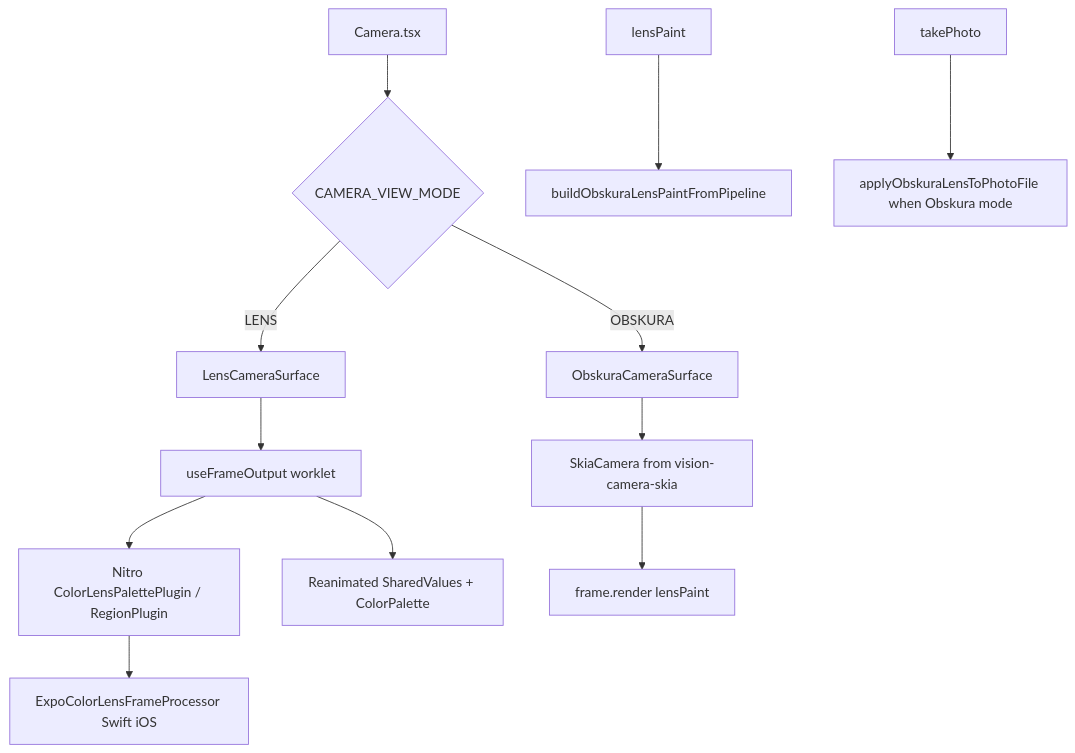
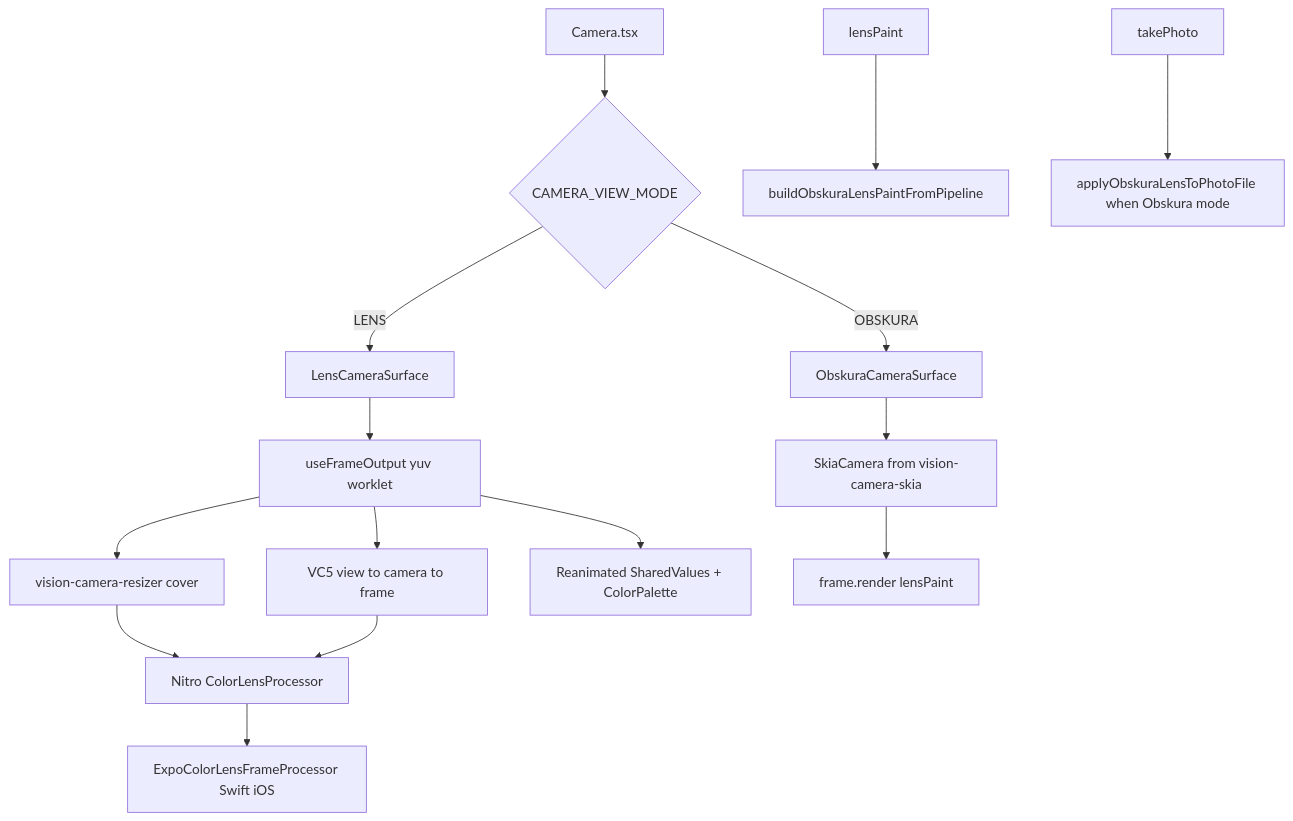
The second of 2 diagrams in lib/features/Lens/README.md (keithbmccall/affirmations), drawn with Mermaid before and after one commit. The commit also changed other lines of this file and 105 other files, not shown here.

First line of the commit message:
Fix Lens out-of-buffers drops and finish VC5 ColorLens Nitro migration.

````diff
--- a/lib/features/Lens/README.md
+++ b/lib/features/Lens/README.md
@@ -159,14 +160,17 @@
 ```mermaid
 flowchart TB
   Camera[Camera.tsx] --> mode{CAMERA_VIEW_MODE}
   mode -->|LENS| LensSurface[LensCameraSurface]
   mode -->|OBSKURA| ObskuraSurface[ObskuraCameraSurface]
-  LensSurface --> useFO[useFrameOutput worklet]
-  useFO --> plugin[Nitro ColorLensPalettePlugin / RegionPlugin]
-  plugin --> ios[ExpoColorLensFrameProcessor Swift iOS]
+  LensSurface --> useFO[useFrameOutput yuv worklet]
+  useFO --> resizer[vision-camera-resizer cover]
+  resizer --> processor[Nitro ColorLensProcessor]
+  useFO --> coords[VC5 view to camera to frame]
+  coords --> processor
+  processor --> ios[ExpoColorLensFrameProcessor Swift iOS]
   useFO --> paletteUI[Reanimated SharedValues + ColorPalette]
   ObskuraSurface --> useSkia[SkiaCamera from vision-camera-skia]
   useSkia --> render[frame.render lensPaint]
   lensPaint --> buildPaint[buildObskuraLensPaintFromPipeline]
   capture[takePhoto] --> applyStill[applyObskuraLensToPhotoFile when Obskura mode]
 ```
````
